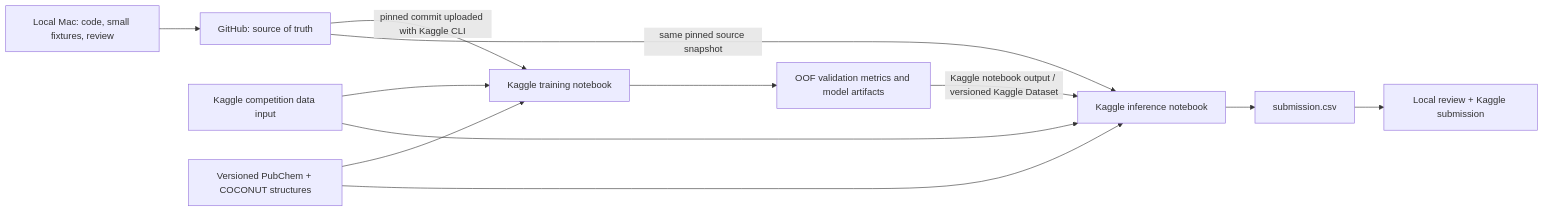
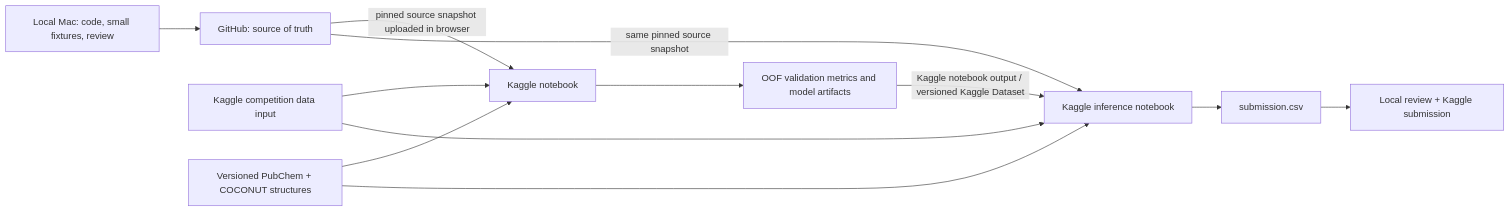
The diagram in PIPELINE_ARCHITECTURE.md (mxm-1x/Enveda-CASMI-2026), drawn with Mermaid before and after one commit. The commit also changed other lines of this file and 6 other files, not shown here.

````diff
--- a/PIPELINE_ARCHITECTURE.md
+++ b/PIPELINE_ARCHITECTURE.md
@@ -11,14 +11,14 @@
 ```mermaid
 flowchart LR
   A[Local Mac: code, small fixtures, review] --> B[GitHub: source of truth]
-  B -->|pinned commit uploaded with Kaggle CLI| C[Kaggle training notebook]
+  B -->|pinned source snapshot uploaded in browser| C[Kaggle notebook]
   D[Kaggle competition data input] --> C
   X[Versioned PubChem + COCONUT structures] --> C
   C --> E[OOF validation metrics and model artifacts]
   E -->|Kaggle notebook output / versioned Kaggle Dataset| F[Kaggle inference notebook]
   B -->|same pinned source snapshot| F
   D --> F
   X --> F
   F --> G[submission.csv]
   G --> H[Local review + Kaggle submission]
 ```
````
